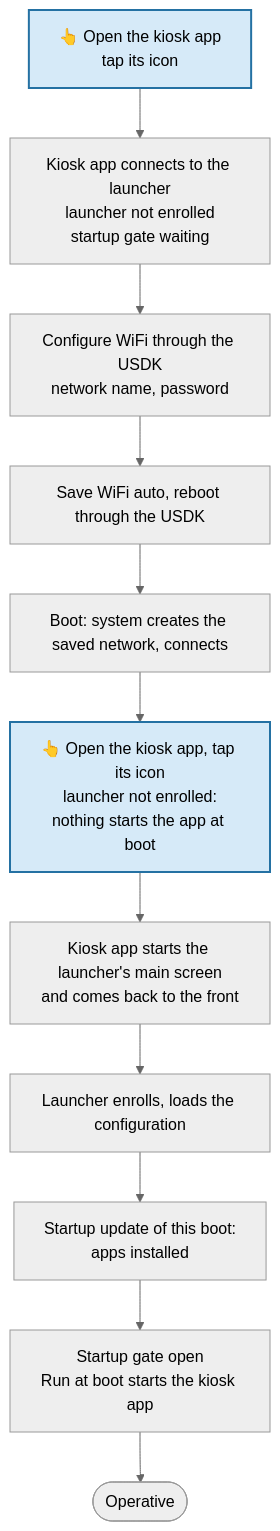
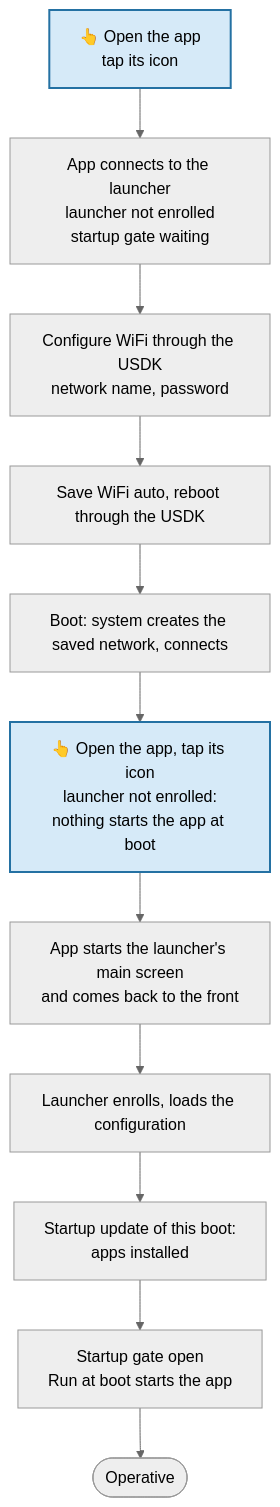
One commit to rch-fw/HmdmChangeDeviceNumber changed the second of 4 diagrams in docs/wifi-setup.md. Above: the diagram before and after it, drawn with Mermaid (neutral theme). The commit also changed other lines of this file and 1 other file, not shown here.

First line of the commit message:
Docs: Ingenico terminals are not in kiosk mode

````diff
--- a/docs/wifi-setup.md
+++ b/docs/wifi-setup.md
@@ -190,15 +192,15 @@
 ```mermaid
 flowchart TD
-    A[👆 Open the kiosk app<br/>tap its icon] --> B[Kiosk app connects to the launcher<br/>launcher not enrolled<br/>startup gate waiting]
+    A[👆 Open the app<br/>tap its icon] --> B[App connects to the launcher<br/>launcher not enrolled<br/>startup gate waiting]
     B --> C[Configure WiFi through the USDK<br/>network name, password]
     C --> D[Save WiFi auto, reboot through the USDK]
     D --> E[Boot: system creates the saved network, connects]
-    E --> F[👆 Open the kiosk app, tap its icon<br/>launcher not enrolled:<br/>nothing starts the app at boot]
-    F --> G[Kiosk app starts the launcher's main screen<br/>and comes back to the front]
+    E --> F[👆 Open the app, tap its icon<br/>launcher not enrolled:<br/>nothing starts the app at boot]
+    F --> G[App starts the launcher's main screen<br/>and comes back to the front]
     G --> H[Launcher enrolls, loads the configuration]
     H --> I[Startup update of this boot:<br/>apps installed]
-    I --> J[Startup gate open<br/>Run at boot starts the kiosk app]
+    I --> J[Startup gate open<br/>Run at boot starts the app]
     J --> K([Operative])
     classDef user fill:#d6eaf8,stroke:#2471a3,stroke-width:2px,color:#000
     class A,F user
 ```
````
